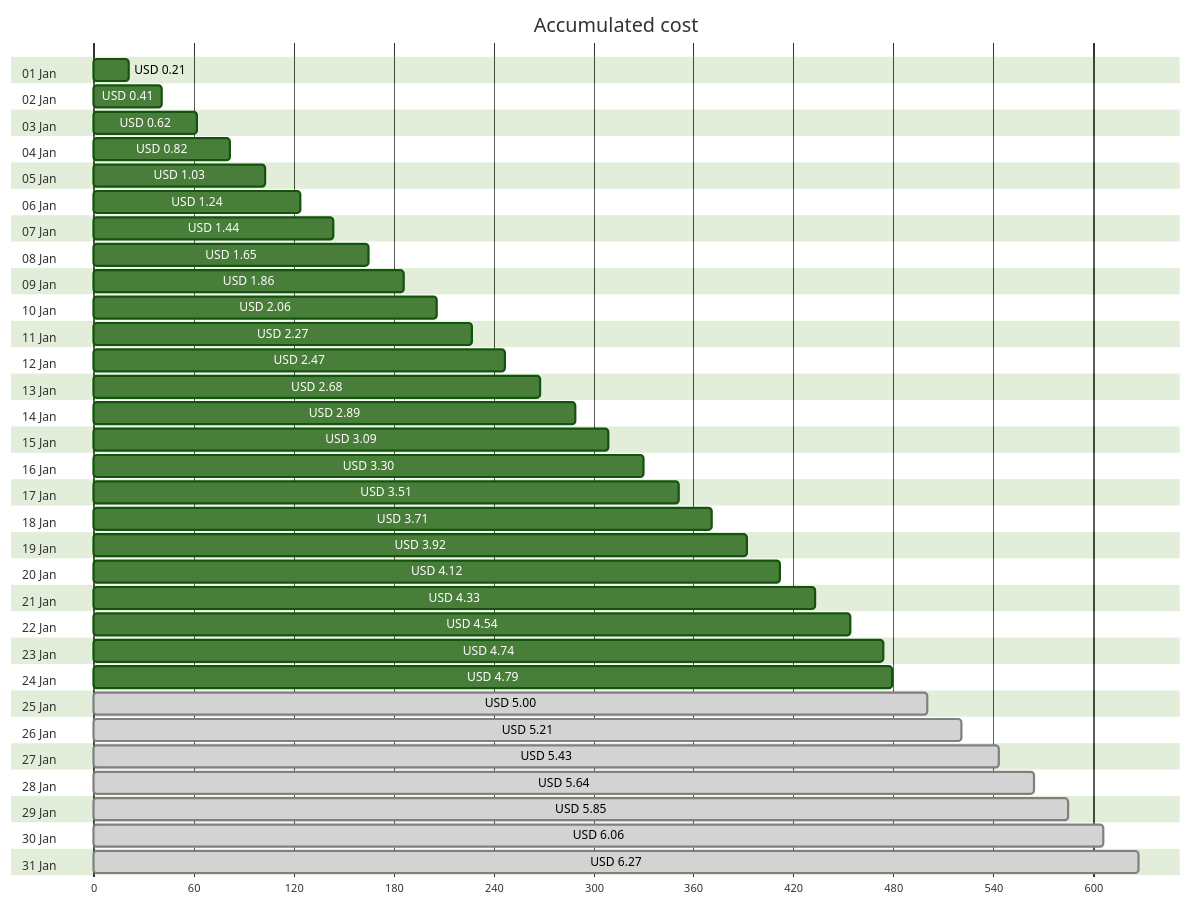
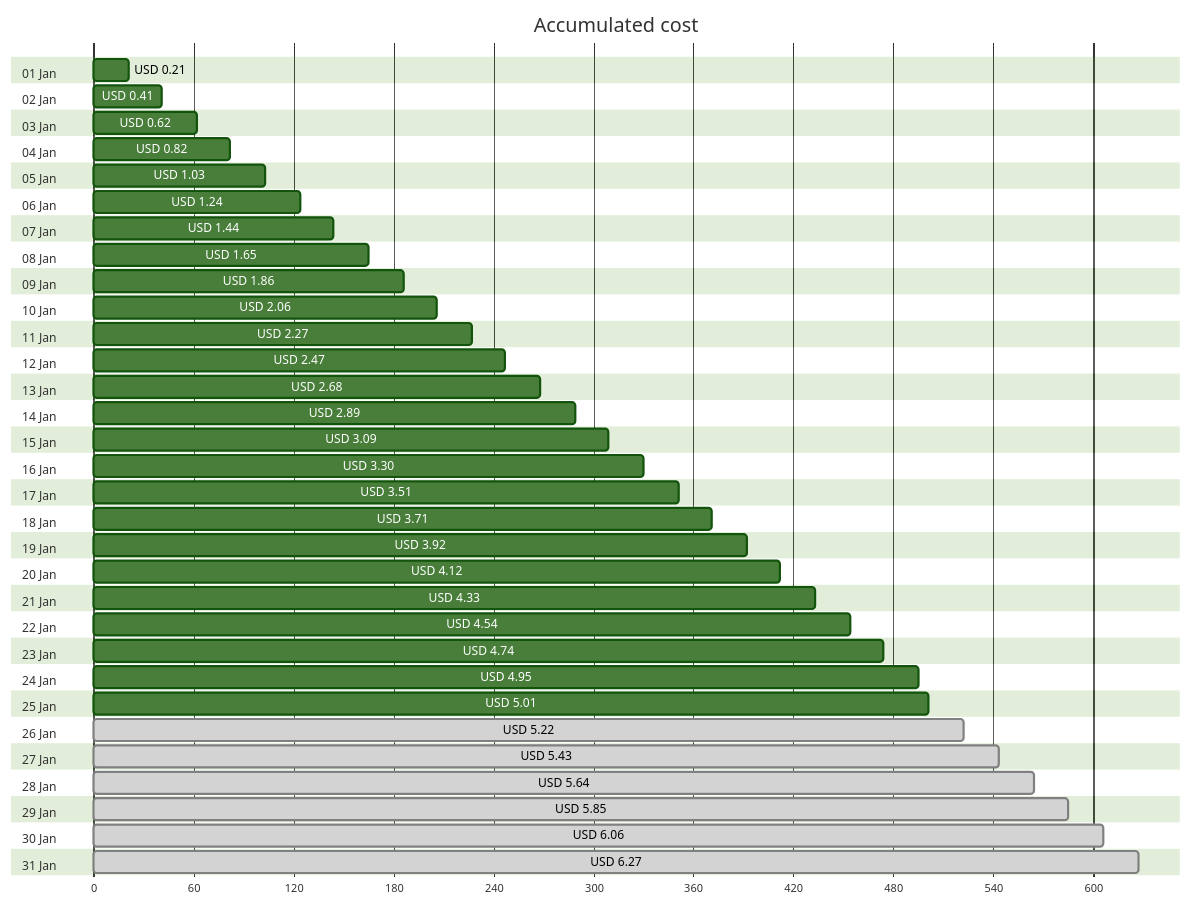
One commit to jpfulton/azure-personal-reports changed the first of 4 diagrams in cost-reports/personal-network/backup-server.md. Above: the diagram before and after it, drawn with Mermaid (forest theme). The commit also changed other lines of this file and 8 other files, not shown here.

````diff
--- a/cost-reports/personal-network/backup-server.md
+++ b/cost-reports/personal-network/backup-server.md
@@ -20,68 +20,68 @@
 ```mermaid
 gantt
    title Accumulated cost
    dateFormat  X
    axisFormat %s
    section 01 Jan
    USD 0.21 :0, 21
    section 02 Jan
    USD 0.41 :0, 41
    section 03 Jan
    USD 0.62 :0, 62
    section 04 Jan
    USD 0.82 :0, 82
    section 05 Jan
    USD 1.03 :0, 103
    section 06 Jan
    USD 1.24 :0, 124
    section 07 Jan
    USD 1.44 :0, 144
    section 08 Jan
    USD 1.65 :0, 165
    section 09 Jan
    USD 1.86 :0, 186
    section 10 Jan
    USD 2.06 :0, 206
    section 11 Jan
    USD 2.27 :0, 227
    section 12 Jan
    USD 2.47 :0, 247
    section 13 Jan
    USD 2.68 :0, 268
    section 14 Jan
    USD 2.89 :0, 289
    section 15 Jan
    USD 3.09 :0, 309
    section 16 Jan
    USD 3.30 :0, 330
    section 17 Jan
    USD 3.51 :0, 351
    section 18 Jan
    USD 3.71 :0, 371
    section 19 Jan
    USD 3.92 :0, 392
    section 20 Jan
    USD 4.12 :0, 412
    section 21 Jan
    USD 4.33 :0, 433
    section 22 Jan
    USD 4.54 :0, 454
    section 23 Jan
    USD 4.74 :0, 474
    section 24 Jan
-   USD 4.79 :0, 479
+   USD 4.95 :0, 495
    section 25 Jan
-   USD 5.00 : done, 0, 500
+   USD 5.01 :0, 501
    section 26 Jan
-   USD 5.21 : done, 0, 521
+   USD 5.22 : done, 0, 522
    section 27 Jan
    USD 5.43 : done, 0, 543
    section 28 Jan
    USD 5.64 : done, 0, 564
    section 29 Jan
    USD 5.85 : done, 0, 585
    section 30 Jan
    USD 6.06 : done, 0, 606
    section 31 Jan
    USD 6.27 : done, 0, 627
 ```
````
